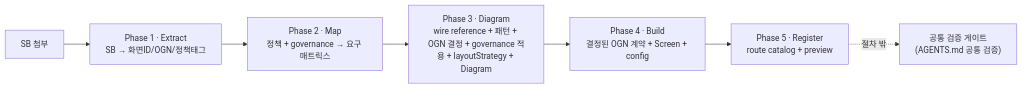
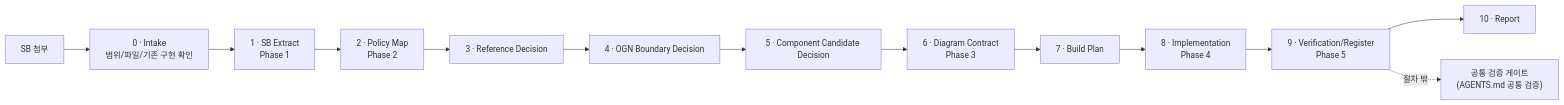
Before and after one commit to ewoooo/rnd-screen-to-screen: the diagram in SCREEN_GENERATION_FLOW.md, drawn with Mermaid. The commit also changed other lines of this file and 100 other files, not shown here.

````diff
--- a/SCREEN_GENERATION_FLOW.md
+++ b/SCREEN_GENERATION_FLOW.md
@@ -44,9 +173,15 @@
 ```mermaid
 flowchart LR
-    A["SB 첨부"] --> P1["Phase 1 · Extract<br/>SB → 화면ID/OGN/정책태그"]
-    P1 --> P2["Phase 2 · Map<br/>정책 + governance → 요구 매트릭스"]
-    P2 --> P3["Phase 3 · Diagram<br/>wire reference + 패턴 + OGN 결정 + governance 적용 + layoutStrategy + Diagram"]
-    P3 --> P4["Phase 4 · Build<br/>결정된 OGN 계약 + Screen + config"]
-    P4 --> P5["Phase 5 · Register<br/>route catalog + preview"]
+    A["SB 첨부"] --> S0["0 · Intake<br/>범위/파일/기존 구현 확인"]
+    S0 --> P1["1 · SB Extract<br/>Phase 1"]
+    P1 --> P2["2 · Policy Map<br/>Phase 2"]
+    P2 --> P3A["3 · Reference Decision"]
+    P3A --> P3B["4 · OGN Boundary Decision"]
+    P3B --> P3C["5 · Component Candidate Decision"]
+    P3C --> P3D["6 · Diagram Contract<br/>Phase 3"]
+    P3D --> P4A["7 · Build Plan"]
+    P4A --> P4B["8 · Implementation<br/>Phase 4"]
+    P4B --> P5["9 · Verification/Register<br/>Phase 5"]
+    P5 --> R["10 · Report"]
     P5 -.->|절차 밖| G["공통 검증 게이트<br/>(AGENTS.md 공통 검증)"]
 ```
````
